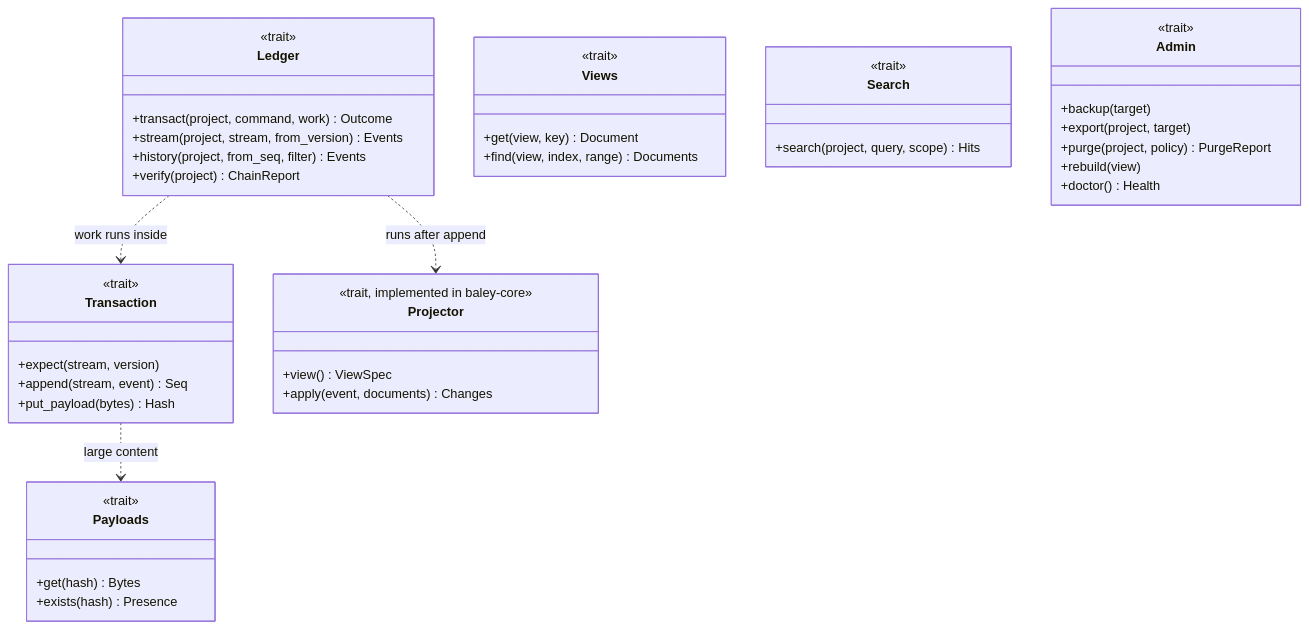
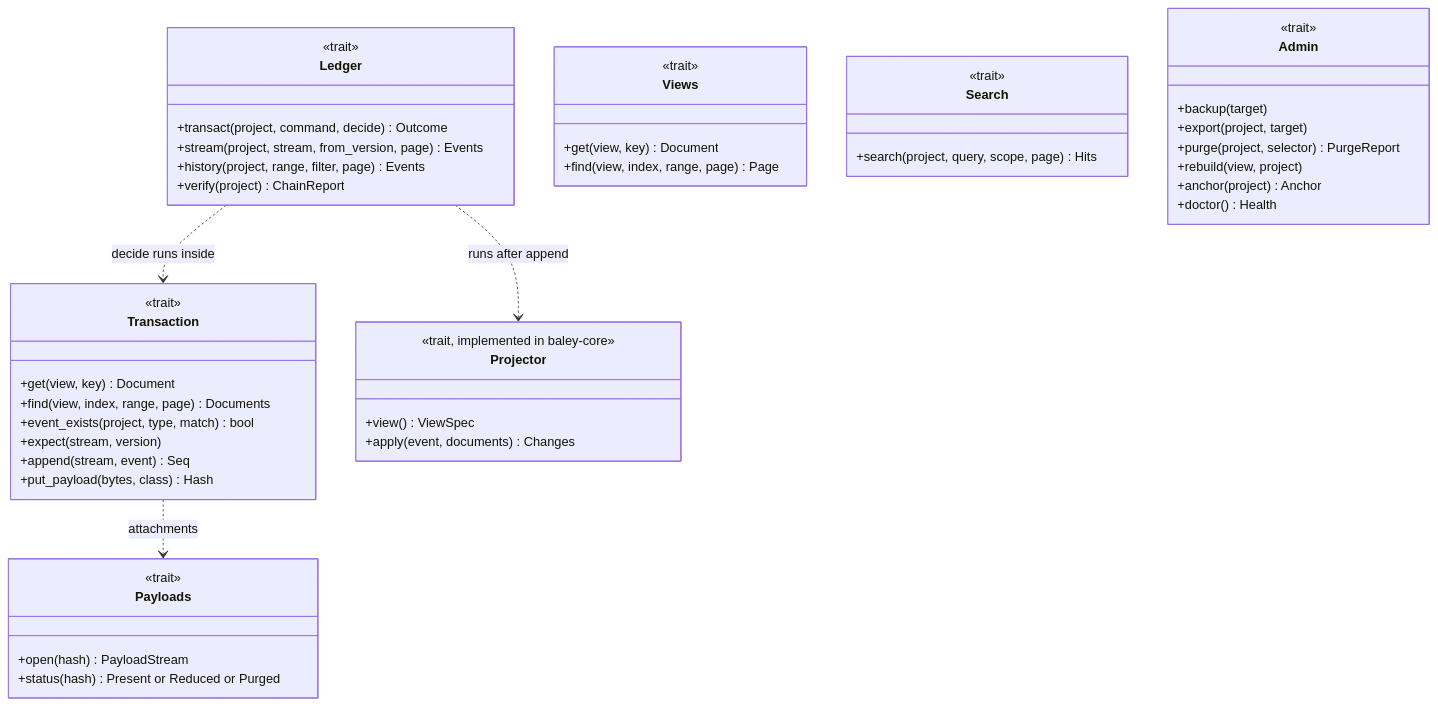
Before and after one commit to crenshawdev/baley: the fourth of 10 diagrams in docs/design/0001-evidence-ledger.md, drawn with Mermaid. The commit also changed other lines of this file and 1 other file, not shown here.

First line of the commit message:
docs(design): answer the adversarial review of the evidence ledger

````diff
--- a/docs/design/0001-evidence-ledger.md
+++ b/docs/design/0001-evidence-ledger.md
@@ -198,46 +221,50 @@
 ```mermaid
 classDiagram
   class Ledger {
     <<trait>>
-    +transact(project, command, work) Outcome
-    +stream(project, stream, from_version) Events
-    +history(project, from_seq, filter) Events
+    +transact(project, command, decide) Outcome
+    +stream(project, stream, from_version, page) Events
+    +history(project, range, filter, page) Events
     +verify(project) ChainReport
   }
   class Transaction {
     <<trait>>
+    +get(view, key) Document
+    +find(view, index, range, page) Documents
+    +event_exists(project, type, match) bool
     +expect(stream, version)
     +append(stream, event) Seq
-    +put_payload(bytes) Hash
+    +put_payload(bytes, class) Hash
   }
   class Views {
     <<trait>>
     +get(view, key) Document
-    +find(view, index, range) Documents
+    +find(view, index, range, page) Page
   }
   class Payloads {
     <<trait>>
-    +get(hash) Bytes
-    +exists(hash) Presence
+    +open(hash) PayloadStream
+    +status(hash) Present or Reduced or Purged
   }
   class Search {
     <<trait>>
-    +search(project, query, scope) Hits
+    +search(project, query, scope, page) Hits
   }
   class Admin {
     <<trait>>
     +backup(target)
     +export(project, target)
-    +purge(project, policy) PurgeReport
-    +rebuild(view)
+    +purge(project, selector) PurgeReport
+    +rebuild(view, project)
+    +anchor(project) Anchor
     +doctor() Health
   }
   class Projector {
     <<trait, implemented in baley-core>>
     +view() ViewSpec
     +apply(event, documents) Changes
   }
-  Ledger ..> Transaction : work runs inside
+  Ledger ..> Transaction : decide runs inside
   Ledger ..> Projector : runs after append
-  Transaction ..> Payloads : large content
+  Transaction ..> Payloads : attachments
 ```
````
